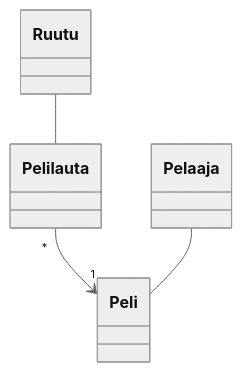
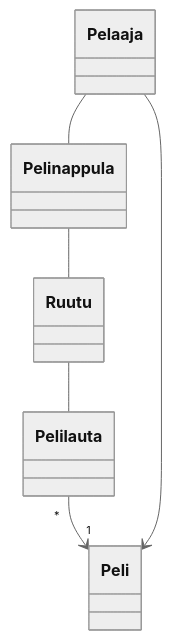
Before and after one commit to ellenra/jumping_game: the diagram in laskarit/viikko3/monopoli_luokkakaavio.md, drawn with Mermaid (neutral theme).

````diff
--- a/laskarit/viikko3/monopoli_luokkakaavio.md
+++ b/laskarit/viikko3/monopoli_luokkakaavio.md
@@ -1,6 +1,8 @@
 ```mermaid
  classDiagram
       Pelilauta "*" --> "1" Peli
-      Pelaaja -- Peli
+      Pelaaja --> Peli
+      Pelaaja -- Pelinappula
+      Pelinappula -- Ruutu
       Ruutu -- Pelilauta
 ```
````
